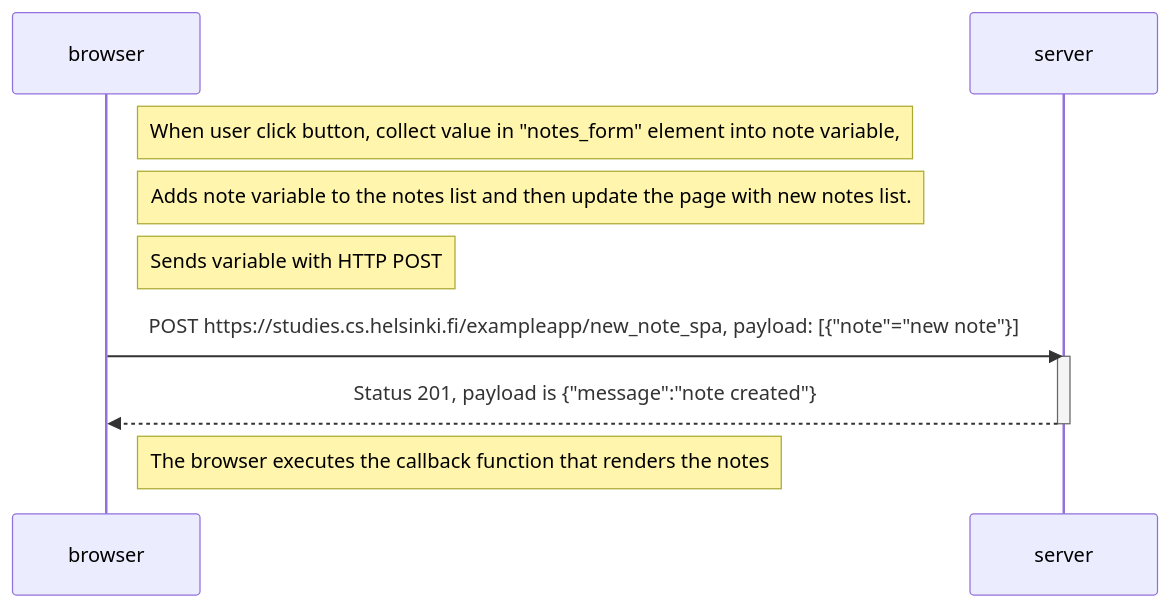
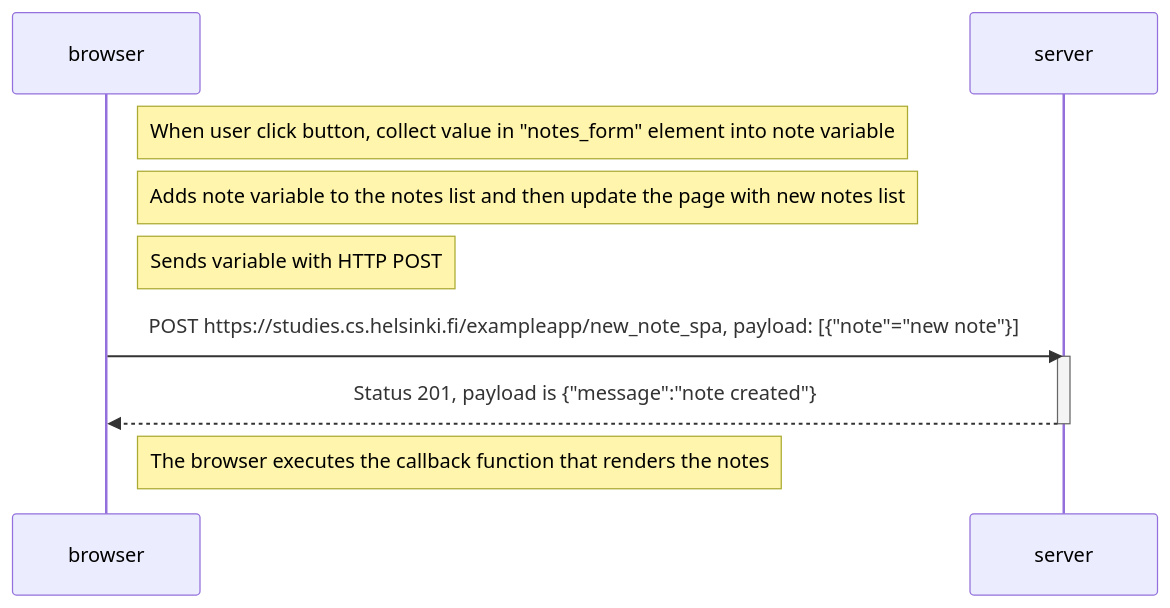
Before and after one commit to Joooeeee/Fullstack: the diagram in part0/part0_6/readme.md, drawn with Mermaid. The commit also changed 1 other file, not shown here.

Commit message:
fix part 0.4 and 0.6

````diff
--- a/part0/part0_6/readme.md
+++ b/part0/part0_6/readme.md
@@ -3,16 +3,16 @@
 ```mermaid
 sequenceDiagram
     participant browser
     participant server
 
-    Note right of browser:  When user click button, collect value in "notes_form" element into note variable,
-    Note right of browser:  Adds note variable to the notes list and then update the page with new notes list.
-    Note right of browser:  Sends variable with HTTP POST
+    Note right of browser: When user click button, collect value in "notes_form" element into note variable
+    Note right of browser: Adds note variable to the notes list and then update the page with new notes list
+    Note right of browser: Sends variable with HTTP POST
 
     browser->>server: POST https://studies.cs.helsinki.fi/exampleapp/new_note_spa, payload: [{"note"="new note"}]
     activate server
     server-->>browser: Status 201, payload is {"message":"note created"}
     deactivate server
 
     Note right of browser: The browser executes the callback function that renders the notes
 ```
````
